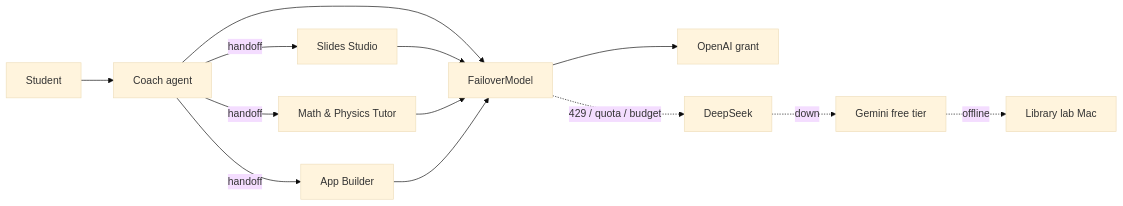
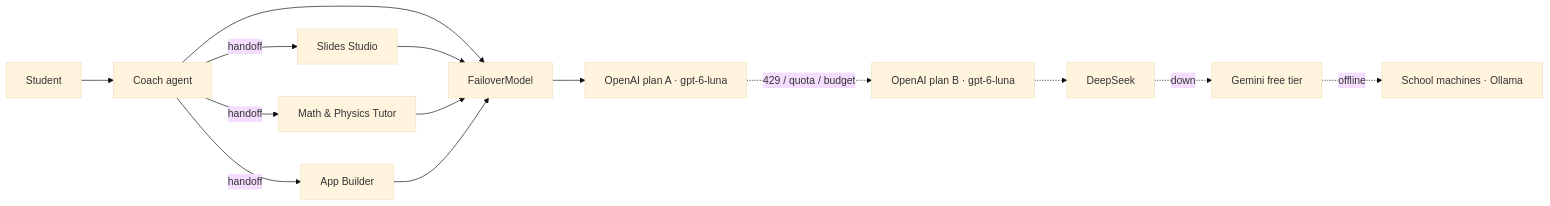
Before and after one commit to anton-abyzov/specwithcode-classroom: the diagram in README.md, drawn with Mermaid (base theme). The commit also changed other lines of this file and 18 other files, not shown here.

Commit message:
Rename to SpecWithCode Classroom, GPT-6 Luna plans, spec-first builder, Vercel

````diff
--- a/README.md
+++ b/README.md
@@ -32,12 +32,13 @@
 ```mermaid
 flowchart LR
   S[Student] --> C[Coach agent]
   C -->|handoff| SL[Slides Studio]
   C -->|handoff| T[Math & Physics Tutor]
   C -->|handoff| B[App Builder]
   C & SL & T & B --> F[FailoverModel]
-  F --> O[OpenAI grant]
-  F -. 429 / quota / budget .-> D[DeepSeek]
+  F --> O1[OpenAI plan A · gpt-6-luna]
+  O1 -. 429 / quota / budget .-> O2[OpenAI plan B · gpt-6-luna]
+  O2 -.-> D[DeepSeek]
   D -. down .-> G[Gemini free tier]
-  G -. offline .-> L[Library lab Mac]
+  G -. offline .-> L[School machines · Ollama]
 ```
````
